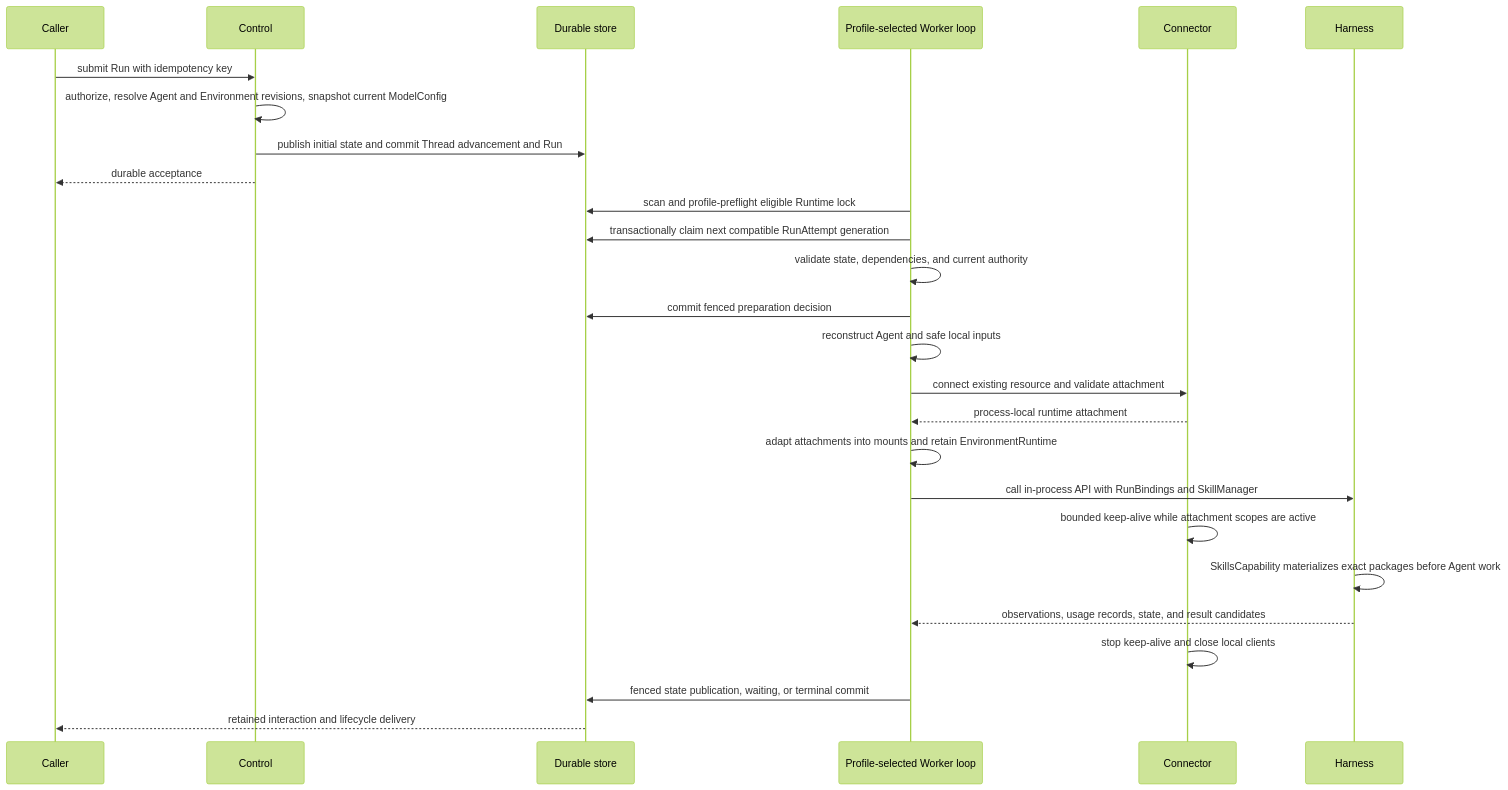
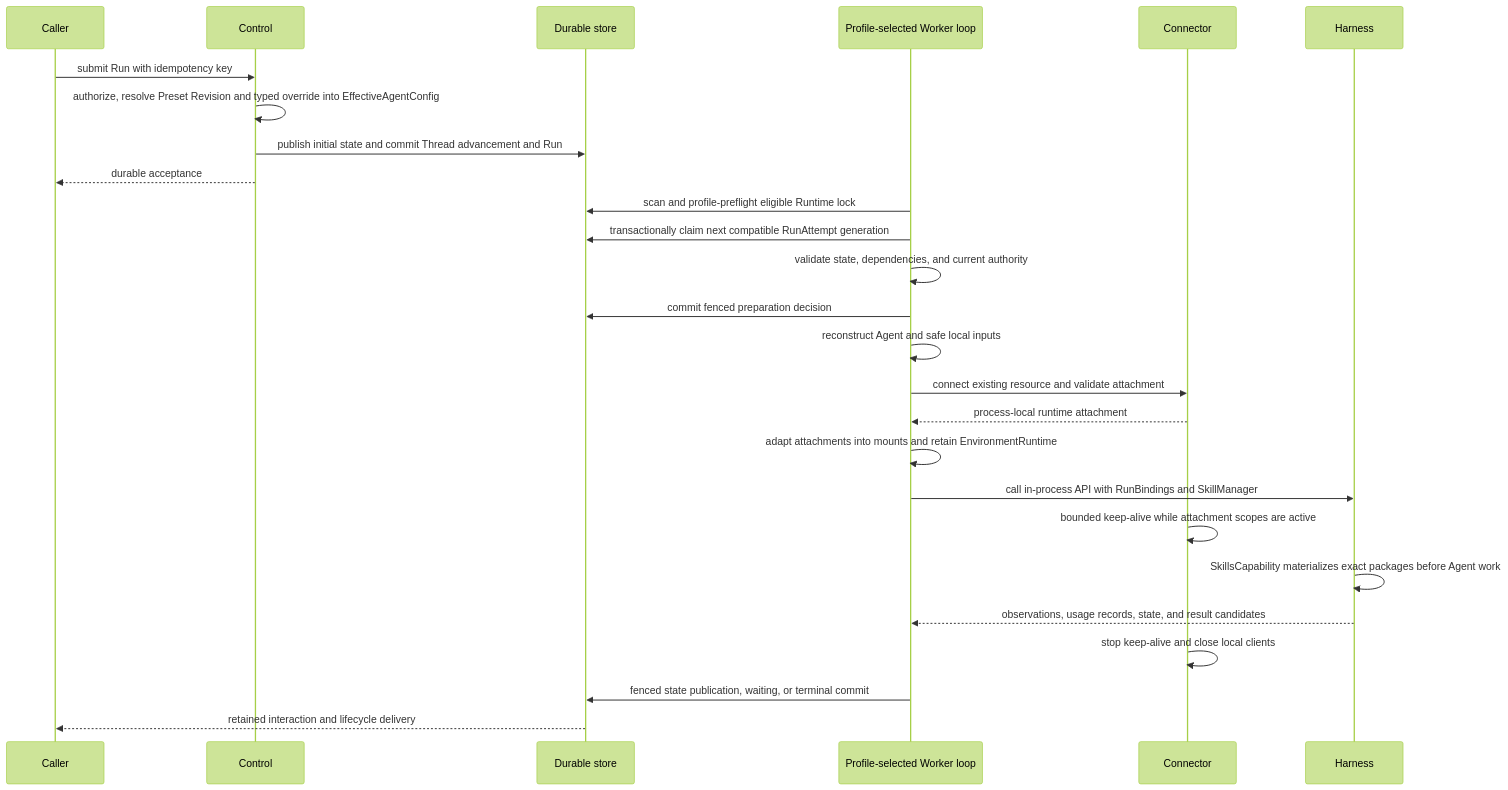
Before and after one commit to converge-ai-labs/agent-foundation: the second of 3 diagrams in spec/foundation-service/00-overview.md, drawn with Mermaid (forest theme). The commit also changed 30 other files, not shown here.

First line of the commit message:
docs(agent-management): define preset revisions and run overrides

````diff
--- a/spec/foundation-service/00-overview.md
+++ b/spec/foundation-service/00-overview.md
@@ -141,29 +141,29 @@
 ```mermaid
 sequenceDiagram
     participant Caller
     participant Control
     participant DB as Durable store
     participant Worker as Profile-selected Worker loop
     participant Connector
     participant Harness
 
     Caller->>Control: submit Run with idempotency key
-    Control->>Control: authorize, resolve Agent and Environment revisions, snapshot current ModelConfig
+    Control->>Control: authorize, resolve Preset Revision and typed override into EffectiveAgentConfig
     Control->>DB: publish initial state and commit Thread advancement and Run
     Control-->>Caller: durable acceptance
     Worker->>DB: scan and profile-preflight eligible Runtime lock
     Worker->>DB: transactionally claim next compatible RunAttempt generation
     Worker->>Worker: validate state, dependencies, and current authority
     Worker->>DB: commit fenced preparation decision
     Worker->>Worker: reconstruct Agent and safe local inputs
     Worker->>Connector: connect existing resource and validate attachment
     Connector-->>Worker: process-local runtime attachment
     Worker->>Worker: adapt attachments into mounts and retain EnvironmentRuntime
     Worker->>Harness: call in-process API with RunBindings and SkillManager
     Connector->>Connector: bounded keep-alive while attachment scopes are active
     Harness->>Harness: SkillsCapability materializes exact packages before Agent work
     Harness-->>Worker: observations, usage records, state, and result candidates
     Connector->>Connector: stop keep-alive and close local clients
     Worker->>DB: fenced state publication, waiting, or terminal commit
     DB-->>Caller: retained interaction and lifecycle delivery
 ```
````
